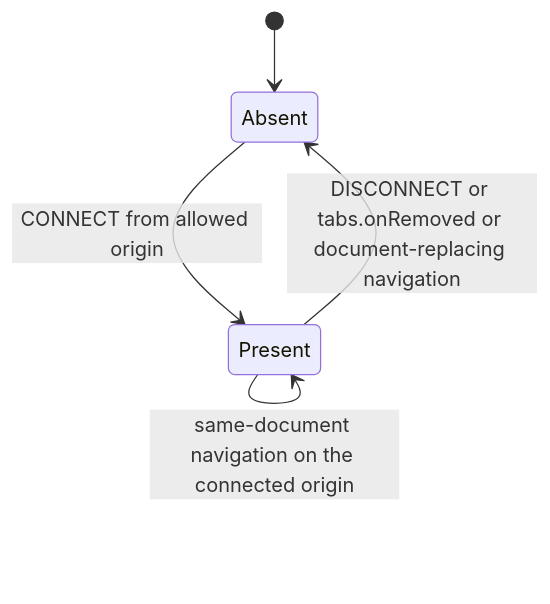
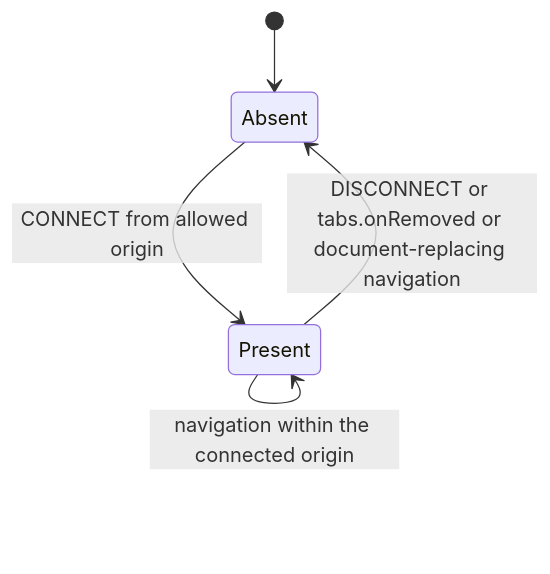
Before and after one commit to webex/webex-js-sdk: the third of 3 diagrams in packages/@webex/web-extension-bridge/src/extension/docs/README.md, drawn with Mermaid. The commit also changed other lines of this file and 8 other files, not shown here.

````diff
--- a/packages/@webex/web-extension-bridge/src/extension/docs/README.md
+++ b/packages/@webex/web-extension-bridge/src/extension/docs/README.md
@@ -214,7 +214,7 @@
 ```mermaid
 stateDiagram-v2
   [*] --> Absent
   Absent --> Present: CONNECT from allowed origin
   Present --> Absent: DISCONNECT or tabs.onRemoved or document-replacing navigation
-  Present --> Present: same-document navigation on the connected origin
+  Present --> Present: navigation within the connected origin
 ```
````
